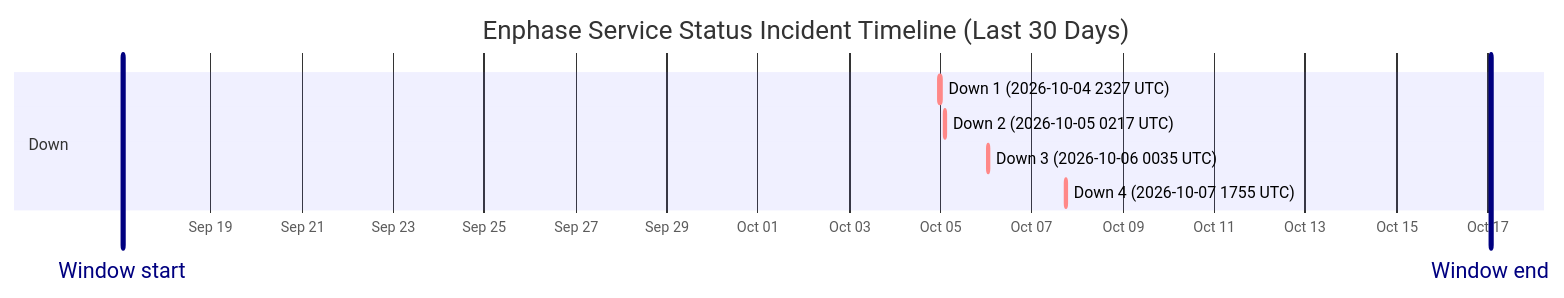
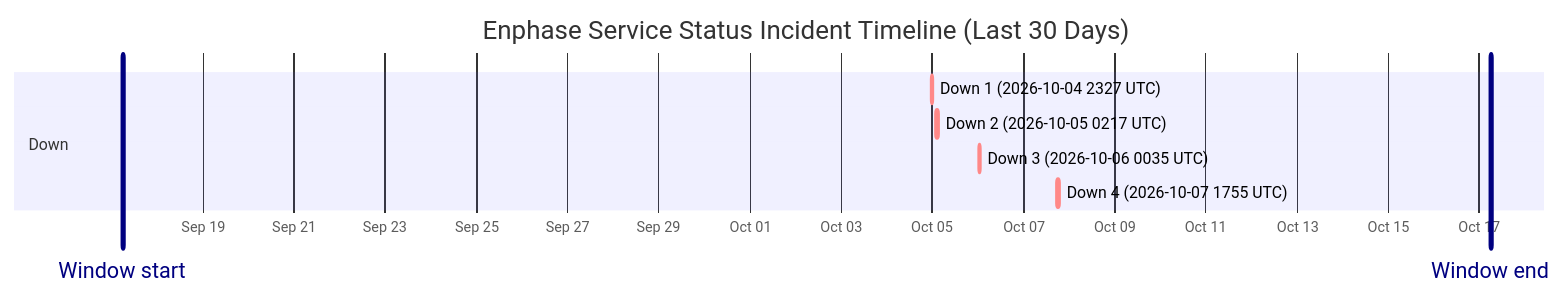
One commit to barneyonline/ha-enphase-energy changed the diagram in wiki/Service-Status-History.md. Above: the diagram before and after it, drawn with Mermaid. The commit also changed other lines of this file and 3 other files, not shown here.

````diff
--- a/wiki/Service-Status-History.md
+++ b/wiki/Service-Status-History.md
@@ -14,13 +14,13 @@
 ```mermaid
 gantt
     title Enphase Service Status Incident Timeline (Last 30 Days)
     dateFormat  YYYY-MM-DDTHH:mm:ss
     axisFormat  %b %d
-    Window start :vert, window-start, 2026-09-17T01:24:07, 0ms
-    Window end :vert, window-end, 2026-10-17T01:24:07, 0ms
+    Window start :vert, window-start, 2026-09-17T05:53:34, 0ms
+    Window end :vert, window-end, 2026-10-17T05:53:34, 0ms
     section Down
     Down 1 (2026-10-04 2327 UTC) :crit, down-1, 2026-10-04T23:27:34, 60m
     Down 2 (2026-10-05 0217 UTC) :crit, down-2, 2026-10-05T02:17:30, 60m
     Down 3 (2026-10-06 0035 UTC) :crit, down-3, 2026-10-06T00:35:21, 60m
     Down 4 (2026-10-07 1755 UTC) :crit, down-4, 2026-10-07T17:55:16, 60m
 ```
````
